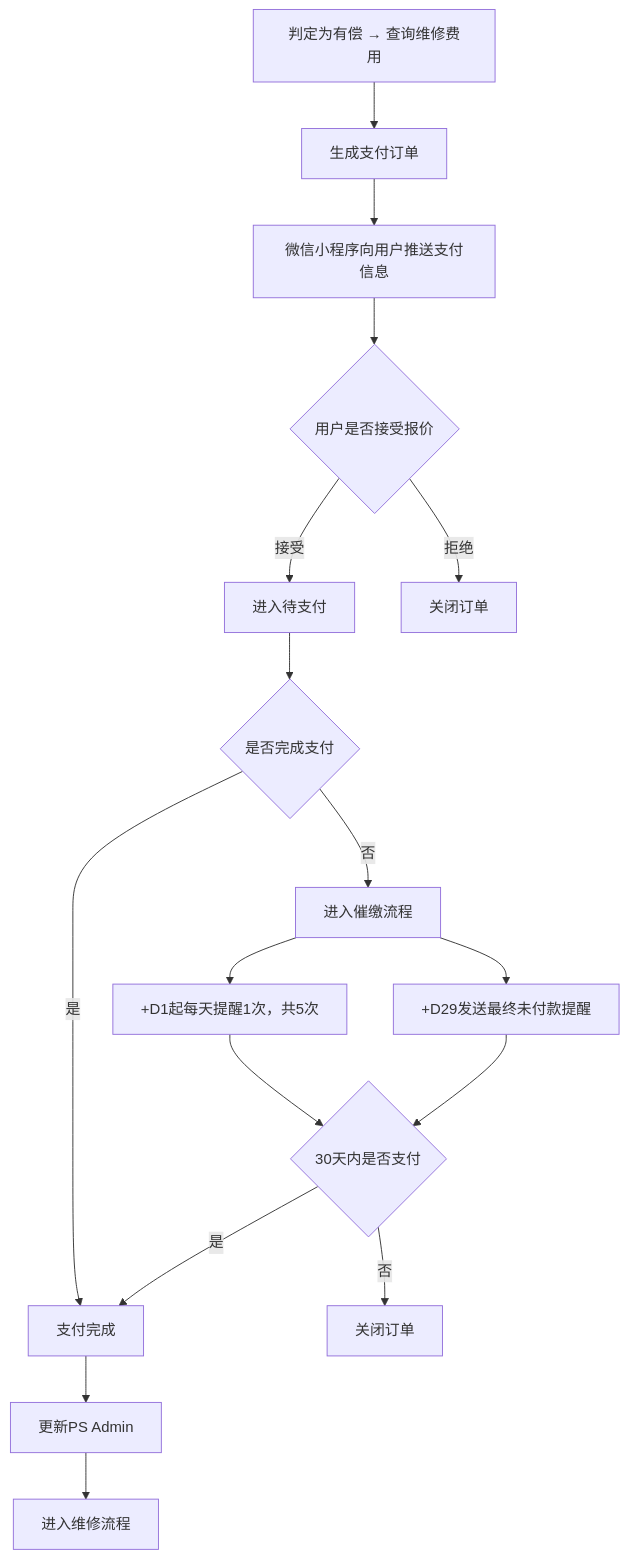
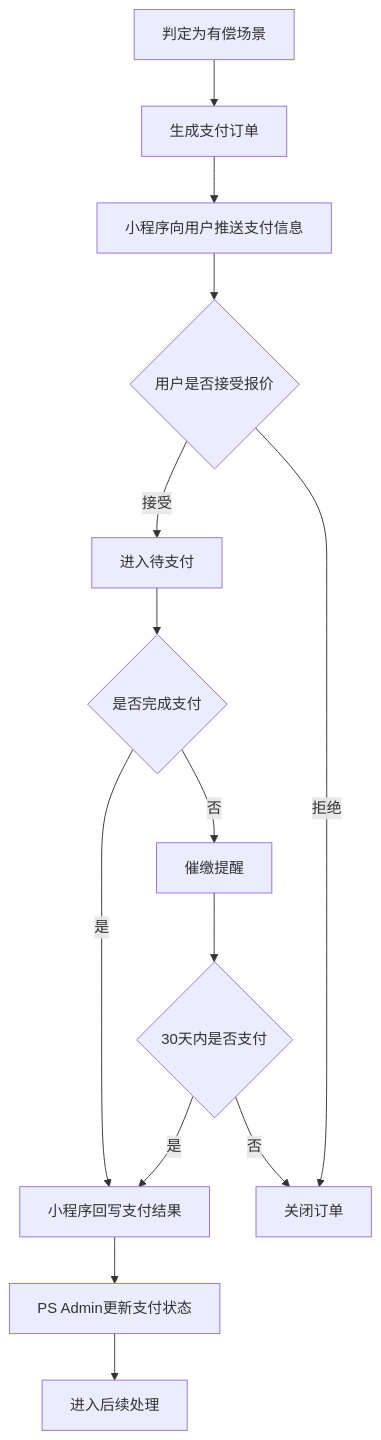
The sixth of 33 diagrams in 文档/GM系统需求说明.md (guguohai/gmps), drawn with Mermaid before and after one commit. The commit also changed other lines of this file and 2 other files, not shown here.

````diff
--- a/文档/GM系统需求说明.md
+++ b/文档/GM系统需求说明.md
@@ -395,28 +351,21 @@
 ```mermaid
 flowchart TD
 
-A[判定为有偿 → 查询维修费用] --> B[生成支付订单]
-B --> C[微信小程序向用户推送支付信息]
+A[判定为有偿场景] --> B[生成支付订单]
+B --> C[小程序向用户推送支付信息]
 
-C --> E{用户是否接受报价}
+C --> D{用户是否接受报价}
+D -->|接受| E[进入待支付]
+D -->|拒绝| F[关闭订单]
 
-E -->|接受| F[进入待支付]
-E -->|拒绝| P[关闭订单]
+E --> G{是否完成支付}
+G -->|是| H[小程序回写支付结果]
+G -->|否| I[催缴提醒]
 
-F --> G{是否完成支付}
+I --> J{30天内是否支付}
+J -->|是| H
+J -->|否| F
 
-G -->|是| H[支付完成]
-G -->|否| M[进入催缴流程]
-
-M --> M1[+D1起每天提醒1次，共5次]
-M --> M2[+D29发送最终未付款提醒]
-
-M1 --> N{30天内是否支付}
-M2 --> N
-
-N -->|是| H
-N -->|否| Q[关闭订单]
-
-H --> J[更新PS Admin]
-J --> L[进入维修流程]
+H --> K[PS Admin更新支付状态]
+K --> L[进入后续处理]
 ```
````
